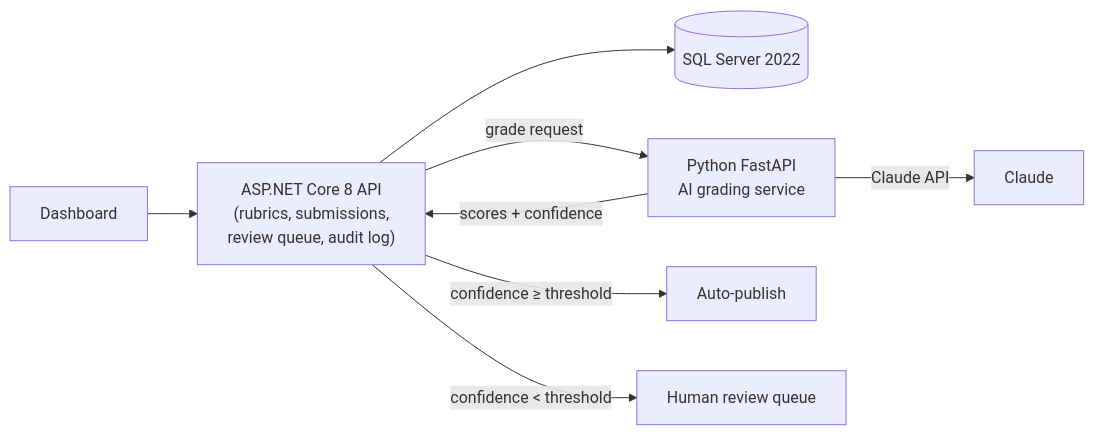
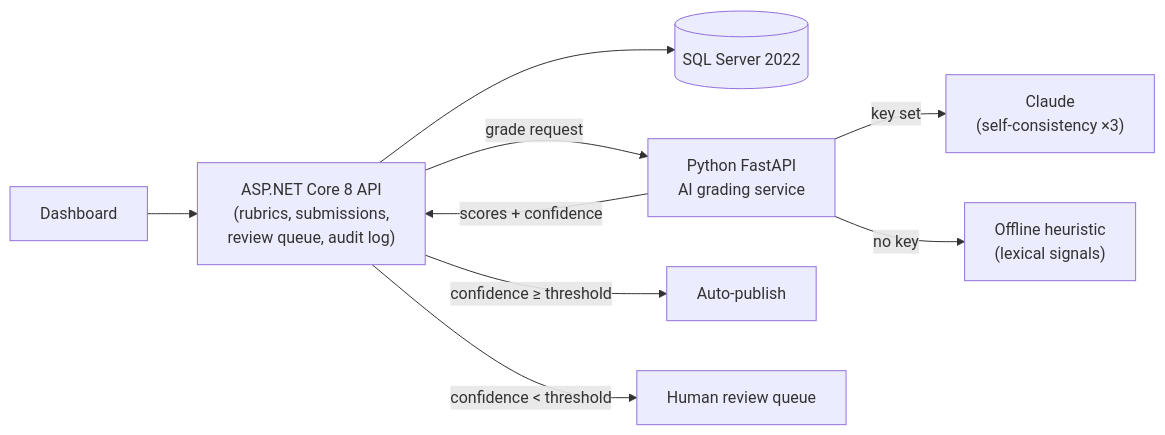
The diagram in README.md (3sxw/GradeLens), drawn with Mermaid before and after one commit. The commit also changed other lines of this file and 15 other files, not shown here.

````diff
--- a/README.md
+++ b/README.md
@@ -15,10 +13,11 @@
 ```mermaid
 flowchart LR
     UI[Dashboard] --> API["ASP.NET Core 8 API\n(rubrics, submissions,\nreview queue, audit log)"]
     API --> DB[(SQL Server 2022)]
     API -->|grade request| AI["Python FastAPI\nAI grading service"]
-    AI -->|Claude API| LLM[Claude]
+    AI -->|"key set"| LLM["Claude\n(self-consistency ×3)"]
+    AI -->|"no key"| HEUR["Offline heuristic\n(lexical signals)"]
     AI -->|"scores + confidence"| API
     API -->|"confidence ≥ threshold"| PUB[Auto-publish]
     API -->|"confidence < threshold"| REV[Human review queue]
 ```
````
